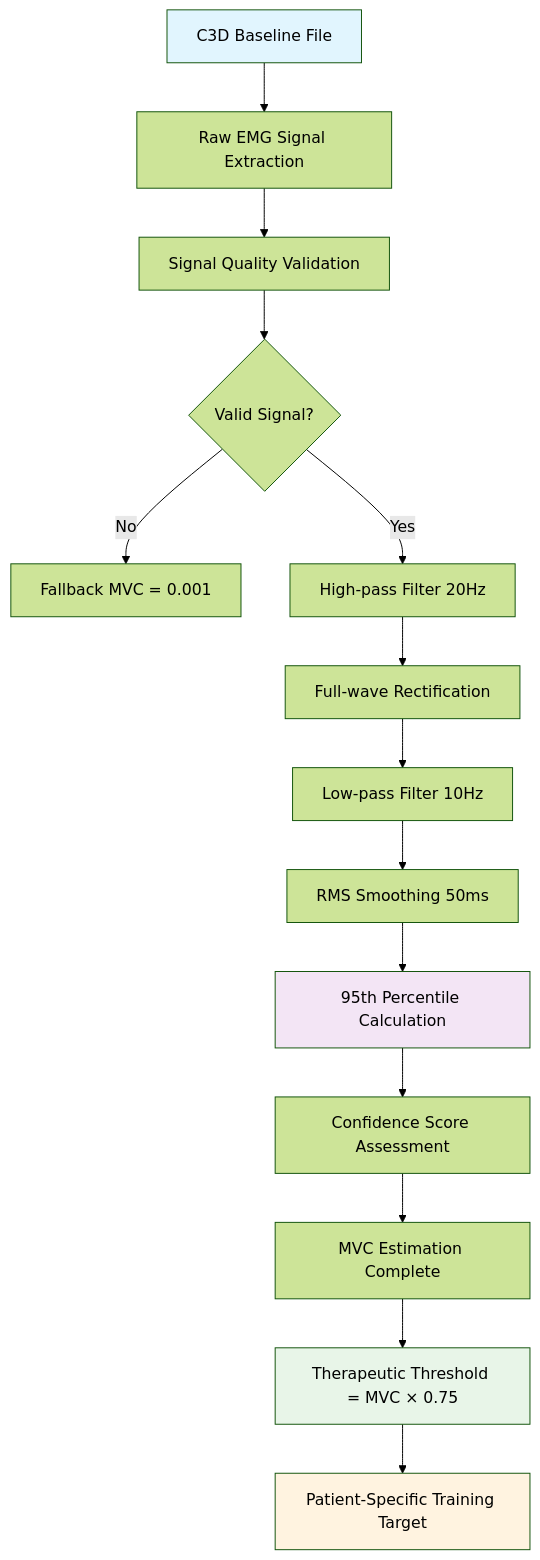
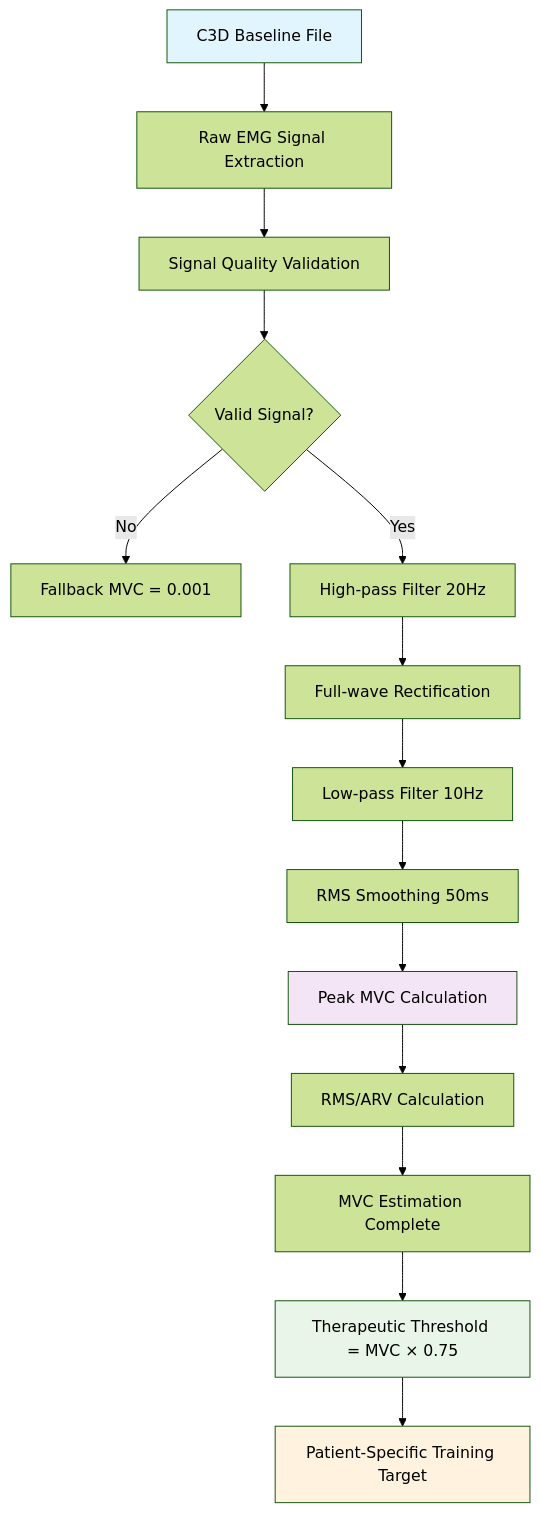
The diagram in memory-bank/metricsDefinitions.md (ggustin93/emg-c3d-analyzer), drawn with Mermaid (forest theme) before and after one commit. The commit also changed other lines of this file and 2 other files, not shown here.

First line of the commit message:
test: add test files for EMG chart comparison mode and MVC threshold handling

````diff
--- a/memory-bank/metricsDefinitions.md
+++ b/memory-bank/metricsDefinitions.md
@@ -178,21 +179,21 @@
 ```mermaid
 flowchart TD
     A[C3D Baseline File] --> B[Raw EMG Signal Extraction]
     B --> C[Signal Quality Validation]
     C --> D{Valid Signal?}
     D -->|No| E[Fallback MVC = 0.001]
     D -->|Yes| F[High-pass Filter 20Hz]
     F --> G[Full-wave Rectification]
     G --> H[Low-pass Filter 10Hz]
     H --> I[RMS Smoothing 50ms]
-    I --> J[95th Percentile Calculation]
-    J --> K[Confidence Score Assessment]
+    I --> J[Peak MVC Calculation]
+    J --> K[RMS/ARV Calculation]
     K --> L[MVC Estimation Complete]
     L --> M[Therapeutic Threshold = MVC × 0.75]
     M --> N[Patient-Specific Training Target]
     
     style A fill:#e1f5fe
     style J fill:#f3e5f5
     style M fill:#e8f5e8
     style N fill:#fff3e0
 ```
````
